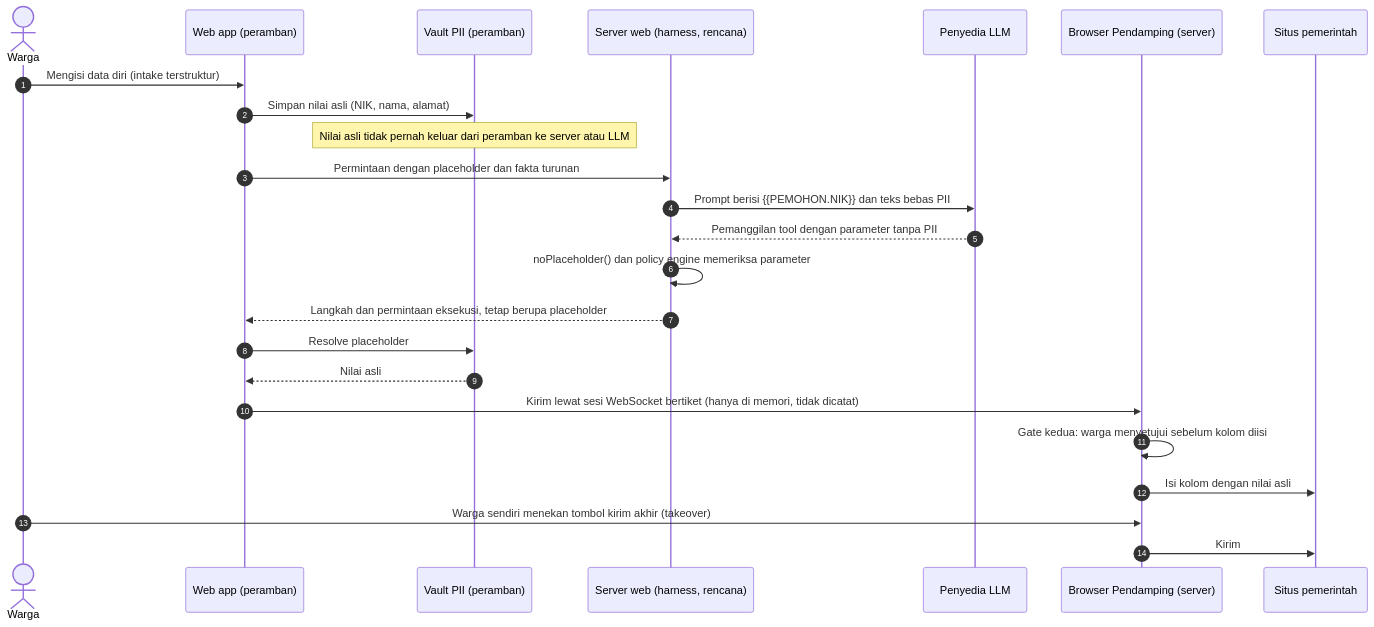
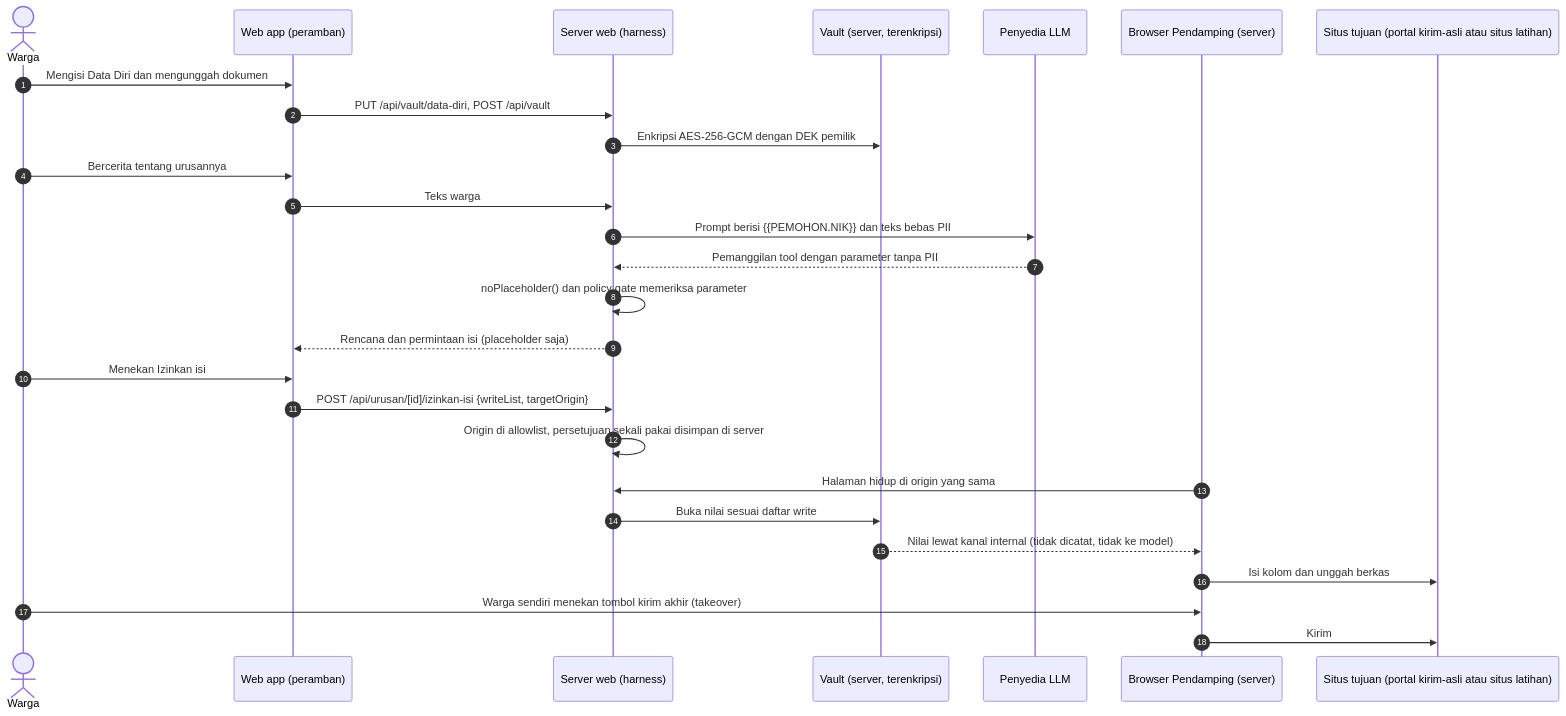
Before and after one commit to bynguts/urusin: the third of 3 diagrams in docs/arsitektur.md, drawn with Mermaid. The commit also changed other lines of this file, not shown here.

First line of the commit message:
docs: describe the two vault modes and server fill path in arsitektur

````diff
--- a/docs/arsitektur.md
+++ b/docs/arsitektur.md
@@ -97,27 +115,30 @@
 ```mermaid
 sequenceDiagram
   autonumber
   actor W as Warga
   participant UI as Web app (peramban)
-  participant V as Vault PII (peramban)
-  participant S as Server web (harness, rencana)
+  participant S as Server web (harness)
+  participant V as Vault (server, terenkripsi)
   participant L as Penyedia LLM
   participant E as Browser Pendamping (server)
-  participant G as Situs pemerintah
+  participant G as Situs tujuan (portal kirim-asli atau situs latihan)
 
-  W->>UI: Mengisi data diri (intake terstruktur)
-  UI->>V: Simpan nilai asli (NIK, nama, alamat)
-  Note over V: Nilai asli tidak pernah keluar dari peramban ke server atau LLM
-  UI->>S: Permintaan dengan placeholder dan fakta turunan
+  W->>UI: Mengisi Data Diri dan mengunggah dokumen
+  UI->>S: PUT /api/vault/data-diri, POST /api/vault
+  S->>V: Enkripsi AES-256-GCM dengan DEK pemilik
+  W->>UI: Bercerita tentang urusannya
+  UI->>S: Teks warga
   S->>L: Prompt berisi {{PEMOHON.NIK}} dan teks bebas PII
   L-->>S: Pemanggilan tool dengan parameter tanpa PII
-  S->>S: noPlaceholder() dan policy engine memeriksa parameter
-  S-->>UI: Langkah dan permintaan eksekusi, tetap berupa placeholder
-  UI->>V: Resolve placeholder
-  V-->>UI: Nilai asli
-  UI->>E: Kirim lewat sesi WebSocket bertiket (hanya di memori, tidak dicatat)
-  E->>E: Gate kedua: warga menyetujui sebelum kolom diisi
-  E->>G: Isi kolom dengan nilai asli
+  S->>S: noPlaceholder() dan policy gate memeriksa parameter
+  S-->>UI: Rencana dan permintaan isi (placeholder saja)
+  W->>UI: Menekan Izinkan isi
+  UI->>S: POST /api/urusan/[id]/izinkan-isi {writeList, targetOrigin}
+  S->>S: Origin di allowlist, persetujuan sekali pakai disimpan di server
+  E->>S: Halaman hidup di origin yang sama
+  S->>V: Buka nilai sesuai daftar write
+  V-->>E: Nilai lewat kanal internal (tidak dicatat, tidak ke model)
+  E->>G: Isi kolom dan unggah berkas
   W->>E: Warga sendiri menekan tombol kirim akhir (takeover)
   E->>G: Kirim
 ```
````
